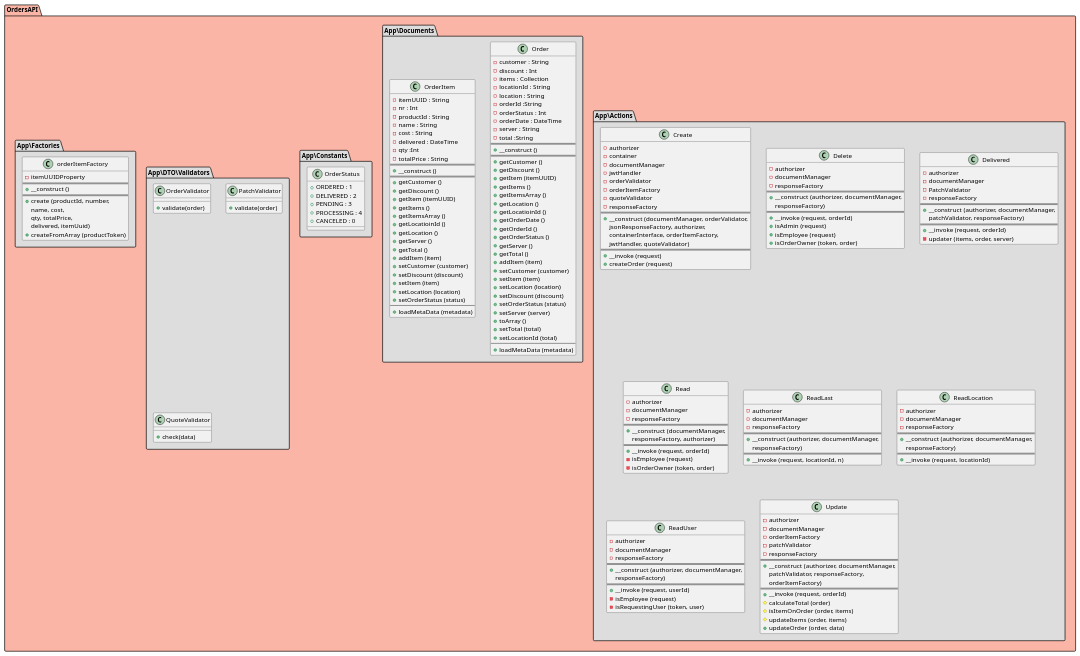
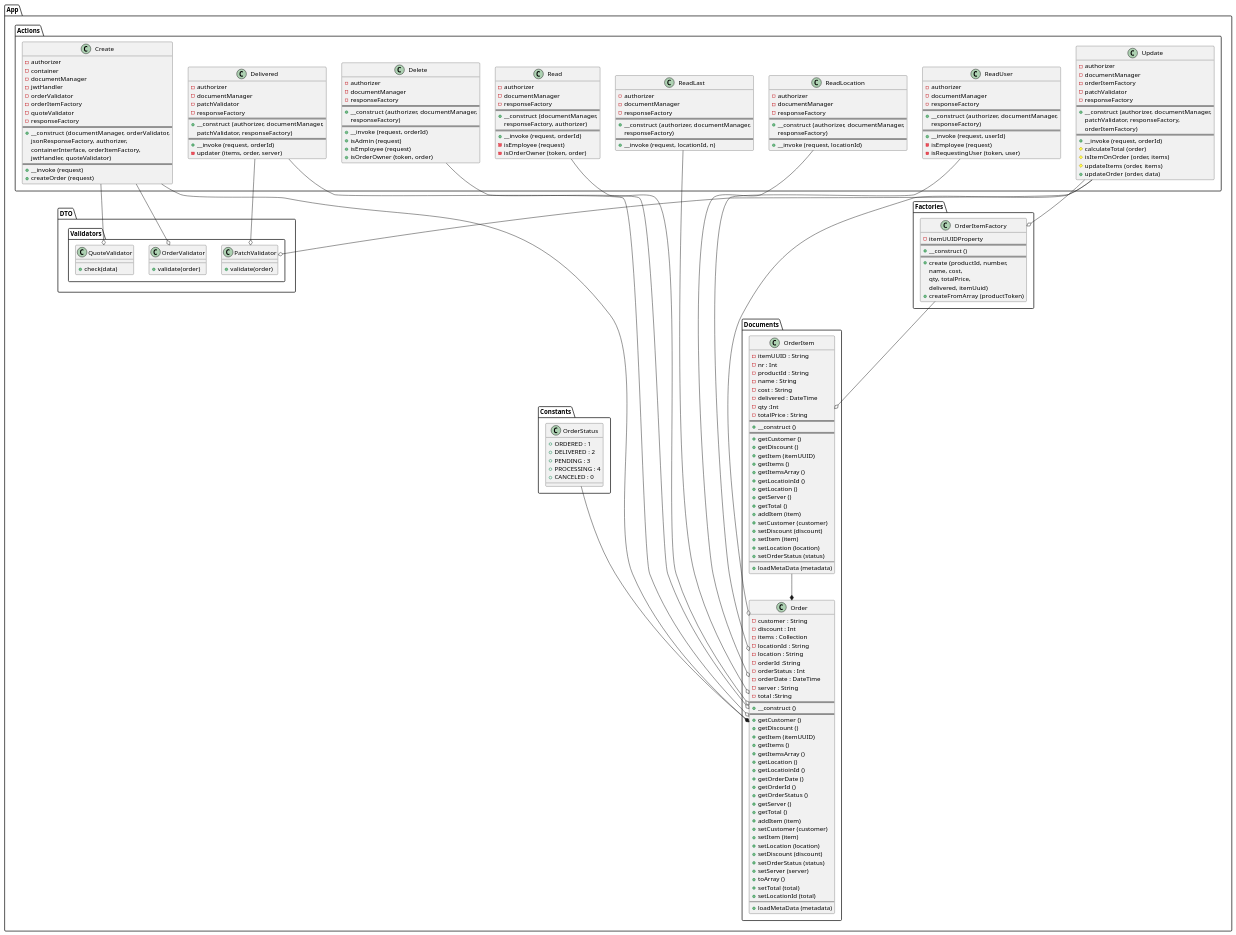
Before and after one commit to mmsm2021/UML: the diagram in OrdersAPI Class UML.wsd, drawn with PlantUML.

Commit message:
OrdersAPI UML updated

```diff
--- a/OrdersAPI Class UML.wsd
+++ b/OrdersAPI Class UML.wsd
@@ -1,241 +1,248 @@
 @startuml Class UML
+
+    set namespaceSeparator \\
+
+    "App\\Actions\\Create" --o "App\\DTO\\Validators\\OrderValidator"
+    "App\\Actions\\Create" --o "App\\DTO\\Validators\\QuoteValidator"
+    "App\\Actions\\Create" --o "App\\Documents\\Order"
+
+    class "App\\Actions\\Create" {
+        - authorizer
+        - container
+        - documentManager
+        - jwtHandler
+        - orderValidator
+        - orderItemFactory
+        - quoteValidator
+        - responseFactory
+        ==
+        + {method} __construct (documentManager, orderValidator,
+                                jsonResponseFactory, authorizer,
+                                containerInterface, orderItemFactory,
+                                jwtHandler, quoteValidator)
+        ==
+        + {method} __invoke (request)
+        + {method} createOrder (request)
+    }
+
+    "App\\Actions\\Delete" --o "App\\Documents\\Order"
+
+    class "App\\Actions\\Delete" {
+        - authorizer
+        - documentManager
+        - responseFactory
+        ==
+        + {method} __construct (authorizer, documentManager,
+                                responseFactory)
+        ==
+        + {method} __invoke (request, orderId)
+        + {method} isAdmin (request)
+        + {method} isEmployee (request)
+        + {method} isOrderOwner (token, order)
+    }
+
+    "App\\Actions\\Delivered" --o "App\\DTO\\Validators\\PatchValidator"
+    "App\\Actions\\Delivered" --o "App\\Documents\\Order"
+
+    class "App\\Actions\\Delivered" {
+        - authorizer
+        - documentManager
+        - patchValidator
+        - responseFactory
+        ==
+        + {method} __construct (authorizer, documentManager,
+                                patchValidator, responseFactory)
+        ==
+        + {method} __invoke (request, orderId)
+        - {method} updater (items, order, server)
+    }
+
+    "App\\Actions\\Read" --o "App\\Documents\\Order"
+
+    class "App\\Actions\\Read" {
+        - authorizer
+        - documentManager
+        - responseFactory
+        ==
+        + {method} __construct (documentManager,
+                                responseFactory, authorizer)
+        ==
+        + {method} __invoke (request, orderId)
+        - {method} isEmployee (request)
+        - {method} isOrderOwner (token, order)
+    }
+
+    "App\\Actions\\ReadLast" --o "App\\Documents\\Order"
+
+    class "App\\Actions\\ReadLast" {
+        - authorizer
+        - documentManager
+        - responseFactory
+        ==
+        + {method} __construct (authorizer, documentManager,
+                                responseFactory)
+        ==
+        + {method} __invoke (request, locationId, n)
+    }
+
+    "App\\Actions\\ReadLocation" --o "App\\Documents\\Order"
+
+    class "App\\Actions\\ReadLocation" {
+        - authorizer
+        - documentManager
+        - responseFactory
+        ==
+        + {method} __construct (authorizer, documentManager,
+                                responseFactory)
+        ==
+        + {method} __invoke (request, locationId)
+    }
+
+    "App\\Actions\\ReadUser" --o "App\\Documents\\Order"
+
+    class "App\\Actions\\ReadUser" {
+        - authorizer
+        - documentManager
+        - responseFactory
+        ==
+        + {method} __construct (authorizer, documentManager,
+                                responseFactory)
+        ==
+        + {method} __invoke (request, userId)
+        - {method} isEmployee (request)
+        - {method} isRequestingUser (token, user)
+    }
+
+    "App\\Actions\\Update" --o "App\\DTO\\Validators\\PatchValidator"
+    "App\\Actions\\Update" --o "App\\Factories\\OrderItemFactory"
+    "App\\Actions\\Update" --o "App\\Documents\\Order"
+
+    class "App\\Actions\\Update" {
+        - authorizer
+        - documentManager
+        - orderItemFactory
+        - patchValidator
+        - responseFactory
+        ==
+        + {method} __construct (authorizer, documentManager,
+                                patchValidator, responseFactory,
+                                orderItemFactory)
+        ==
+        + {method} __invoke (request, orderId)
+        # {method} calculateTotal (order)
+        # {method} isItemOnOrder (order, items)
+        # {method} updateItems (order, items)
+        + {method} updateOrder (order, data)
+    }
+
+    class "App\\Documents\\Order" {
+        - customer : String
+        - discount : Int
+        - items : Collection
+        - locationId : String
+        - location : String
+        - orderId :String
+        - orderStatus : Int
+        - orderDate : DateTime
+        - server : String
+        - total :String
+        ==
+        + {method} __construct ()
+        ==
+        + {method} getCustomer ()
+        + {method} getDiscount ()
+        + {method} getItem (itemUUID)
+        + {method} getItems ()
+        + {method} getItemsArray ()
+        + {method} getLocation ()
+        + {method} getLocatioinId ()
+        + {method} getOrderDate ()
+        + {method} getOrderId ()
+        + {method} getOrderStatus ()
+        + {method} getServer ()
+        + {method} getTotal ()
+        + {method} addItem (item)
+        + {method} setCustomer (customer)
+        + {method} setItem (item)
+        + {method} setLocation (location)
+        + {method} setDiscount (discount)
+        + {method} setOrderStatus (status)
+        + {method} setServer (server)
+        + {method} toArray ()
+        + {method} setTotal (total)
+        + {method} setLocationId (total)
+        --
+        + {method} loadMetaData (metadata)
+    }
+
+    "App\\Documents\\OrderItem" --* "App\\Documents\\Order"
+
+    class "App\\Documents\\OrderItem" {
+        - itemUUID : String
+        - nr : Int
+        - productId : String
+        - name : String
+        - cost : String
+        - delivered : DateTime 
+        - qty :Int 
+        - totalPrice : String 
+        ==
+        + {method} __construct ()
+        ==
+        + {method} getCustomer ()
+        + {method} getDiscount ()
+        + {method} getItem (itemUUID)
+        + {method} getItems ()
+        + {method} getItemsArray ()
+        + {method} getLocatioinId ()
+        + {method} getLocation ()
+        + {method} getServer ()
+        + {method} getTotal ()
+        + {method} addItem (item)
+        + {method} setCustomer (customer)
+        + {method} setDiscount (discount)
+        + {method} setItem (item)
+        + {method} setLocation (location)
+        + {method} setOrderStatus (status)
+        --
+        + {method} loadMetaData (metadata)
+    }
+
+    "App\\Constants\\OrderStatus" --* "App\\Documents\\Order"
+
+    class "App\\Constants\\OrderStatus" {
+        + ORDERED : 1
+        + DELIVERED : 2
+        + PENDING : 3
+        + PROCESSING : 4
+        + CANCELED : 0
+    }
     
-    namespace OrdersAPI #FAB5A6 {
 
-        namespace App\Actions #DDDDDD {
-            
-            class Create {
-                - authorizer
-                - container
-                - documentManager
-                - jwtHandler
-                - orderValidator
-                - orderItemFactory
-                - quoteValidator
-                - responseFactory
-                ==
-                + {method} __construct (documentManager, orderValidator,
-                                        jsonResponseFactory, authorizer,
-                                        containerInterface, orderItemFactory,
-                                        jwtHandler, quoteValidator)
-                ==
-                + {method} __invoke (request)
-                + {method} createOrder (request)
-            }
+    class "App\\DTO\\Validators\\OrderValidator" {
+        + {method} validate(order)
+    }
 
-            class Delete {
-                - authorizer
-                - documentManager
-                - responseFactory
-                ==
-                + {method} __construct (authorizer, documentManager,
-                                        responseFactory)
-                ==
-                + {method} __invoke (request, orderId)
-                + {method} isAdmin (request)
-                + {method} isEmployee (request)
-                + {method} isOrderOwner (token, order)
-            }
+    class "App\\DTO\\Validators\\PatchValidator" {
+        + {method} validate(order)
+    }
 
-            class Delivered {
-                - authorizer
-                - documentManager
-                - PatchValidator
-                - responseFactory
-                ==
-                + {method} __construct (authorizer, documentManager,
-                                        patchValidator, responseFactory)
-                ==
-                + {method} __invoke (request, orderId)
-                - {method} updater (items, order, server)
-            }
+    class "App\\DTO\\Validators\\QuoteValidator" {
+        + {method} check(data)
+    }
 
-            class Read {
-                - authorizer
-                - documentManager
-                - responseFactory
-                ==
-                + {method} __construct (documentManager,
-                                        responseFactory, authorizer)
-                ==
-                + {method} __invoke (request, orderId)
-                - {method} isEmployee (request)
-                - {method} isOrderOwner (token, order)
-            }
+    "App\\Factories\\OrderItemFactory" --o "App\\Documents\\OrderItem"
 
-            class ReadLast {
-                - authorizer
-                - documentManager
-                - responseFactory
-                ==
-                + {method} __construct (authorizer, documentManager,
-                                        responseFactory)
-                ==
-                + {method} __invoke (request, locationId, n)
-            }
-
-            class ReadLocation {
-                - authorizer
-                - documentManager
-                - responseFactory
-                ==
-                + {method} __construct (authorizer, documentManager,
-                                        responseFactory)
-                ==
-                + {method} __invoke (request, locationId)
-            }
-
-            class ReadUser {
-                - authorizer
-                - documentManager
-                - responseFactory
-                ==
-                + {method} __construct (authorizer, documentManager,
-                                        responseFactory)
-                ==
-                + {method} __invoke (request, userId)
-                - {method} isEmployee (request)
-                - {method} isRequestingUser (token, user)
-            }
-
-            class Update {
-                - authorizer
-                - documentManager
-                - orderItemFactory
-                - patchValidator
-                - responseFactory
-                ==
-                + {method} __construct (authorizer, documentManager,
-                                        patchValidator, responseFactory,
-                                        orderItemFactory)
-                ==
-                + {method} __invoke (request, orderId)
-                # {method} calculateTotal (order)
-                # {method} isItemOnOrder (order, items)
-                # {method} updateItems (order, items)
-                + {method} updateOrder (order, data)
-            }
-
-        }
-
-        namespace App\Documents #DDDDDD  {
-
-            class Order {
-                - customer : String
-                - discount : Int
-                - items : Collection
-                - locationId : String
-                - location : String
-                - orderId :String
-                - orderStatus : Int
-                - orderDate : DateTime
-                - server : String
-                - total :String
-                ==
-                + {method} __construct ()
-                ==
-                + {method} getCustomer ()
-                + {method} getDiscount ()
-                + {method} getItem (itemUUID)
-                + {method} getItems ()
-                + {method} getItemsArray ()
-                + {method} getLocation ()
-                + {method} getLocatioinId ()
-                + {method} getOrderDate ()
-                + {method} getOrderId ()
-                + {method} getOrderStatus ()
-                + {method} getServer ()
-                + {method} getTotal ()
-                + {method} addItem (item)
-                + {method} setCustomer (customer)
-                + {method} setItem (item)
-                + {method} setLocation (location)
-                + {method} setDiscount (discount)
-                + {method} setOrderStatus (status)
-                + {method} setServer (server)
-                + {method} toArray ()
-                + {method} setTotal (total)
-                + {method} setLocationId (total)
-                --
-                + {method} loadMetaData (metadata)
-            }
-
-            class OrderItem {
-                - itemUUID : String
-                - nr : Int
-                - productId : String
-                - name : String
-                - cost : String
-                - delivered : DateTime 
-                - qty :Int 
-                - totalPrice : String 
-                ==
-                + {method} __construct ()
-                ==
-                + {method} getCustomer ()
-                + {method} getDiscount ()
-                + {method} getItem (itemUUID)
-                + {method} getItems ()
-                + {method} getItemsArray ()
-                + {method} getLocatioinId ()
-                + {method} getLocation ()
-                + {method} getServer ()
-                + {method} getTotal ()
-                + {method} addItem (item)
-                + {method} setCustomer (customer)
-                + {method} setDiscount (discount)
-                + {method} setItem (item)
-                + {method} setLocation (location)
-                + {method} setOrderStatus (status)
-                --
-                + {method} loadMetaData (metadata)
-            }
-
-        }
-
-        namespace App\Constants #DDDDDD {
-
-            class OrderStatus {
-                + ORDERED : 1
-                + DELIVERED : 2
-                + PENDING : 3
-                + PROCESSING : 4
-                + CANCELED : 0
-            }
-
-        }
-
-        namespace App\DTO\Validators #DDDDDD {
-
-            class OrderValidator {
-                + {method} validate(order)
-            }
-
-            class PatchValidator {
-                + {method} validate(order)
-            }
-
-            class QuoteValidator {
-                + {method} check(data)
-            }
-        }
-
-        namespace App\Factories #DDDDDD {
-
-            class orderItemFactory {
-                - itemUUIDProperty
-                ==
-                + {method} __construct ()
-                ==
-                + {method} create (productId, number,
-                                    name, cost,
-                                    qty, totalPrice,
-                                    delivered, itemUuid)
-                + {method} createFromArray (productToken)
-            }
-
-        }
-
+    class "App\\Factories\\OrderItemFactory" {
+        - itemUUIDProperty
+        ==
+        + {method} __construct ()
+        ==
+        + {method} create (productId, number,
+                            name, cost,
+                            qty, totalPrice,
+                            delivered, itemUuid)
+        + {method} createFromArray (productToken)
     }
 
 @enduml
```
